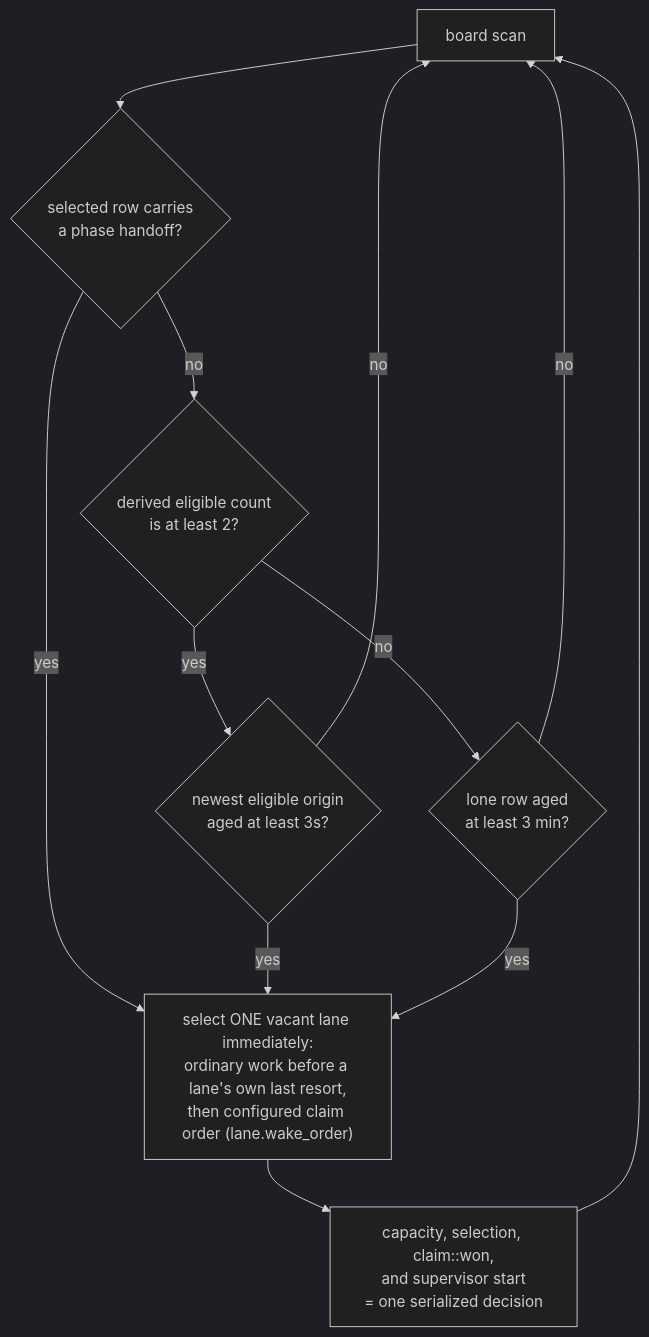
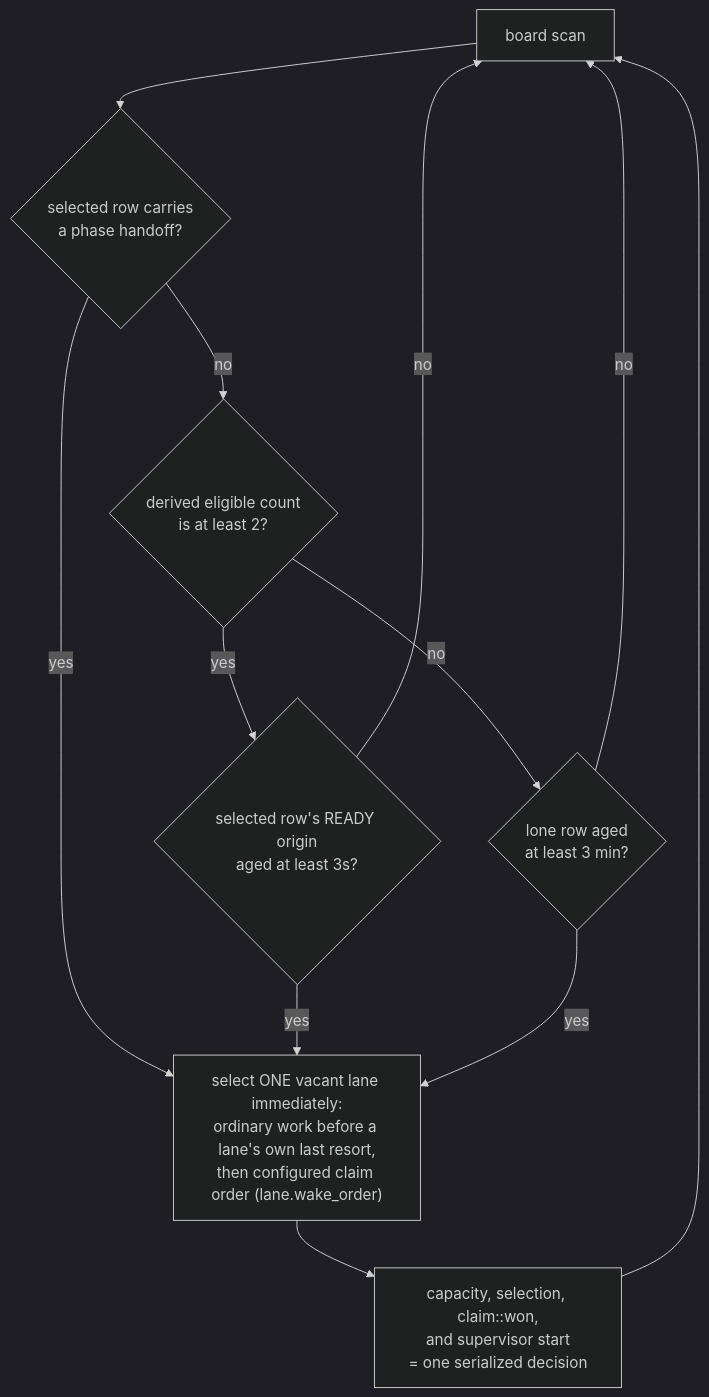
One commit to infimalabs/spice-rust changed diagram 12 of 17 in docs/product/loops.md. Above: the diagram before and after it, drawn with Mermaid (dark theme). The commit also changed other lines of this file and 1 other file, not shown here.

Commit message:
docs: Describe wake settling from the selected task readiness origin DOCS-dVkfq6rtm

````diff
--- a/docs/product/loops.md
+++ b/docs/product/loops.md
@@ -339,14 +339,14 @@
 ```mermaid
 flowchart TD
   B["board scan"] --> H{"selected row carries<br/>a phase handoff?"}
   H -- yes --> W["select ONE vacant lane immediately:<br/>ordinary work before a lane's own last resort,<br/>then configured claim order (lane.wake_order)"]
   H -- no --> R{"derived eligible count<br/>is at least 2?"}
-  R -- yes --> S{"newest eligible origin<br/>aged at least 3s?"}
+  R -- yes --> S{"selected row's READY origin<br/>aged at least 3s?"}
   R -- no --> L{"lone row aged<br/>at least 3 min?"}
   S -- yes --> W
   S -- no --> B
   L -- yes --> W
   L -- no --> B
   W --> C["capacity, selection, claim::won,<br/>and supervisor start<br/>= one serialized decision"]
   C --> B
 ```
````
